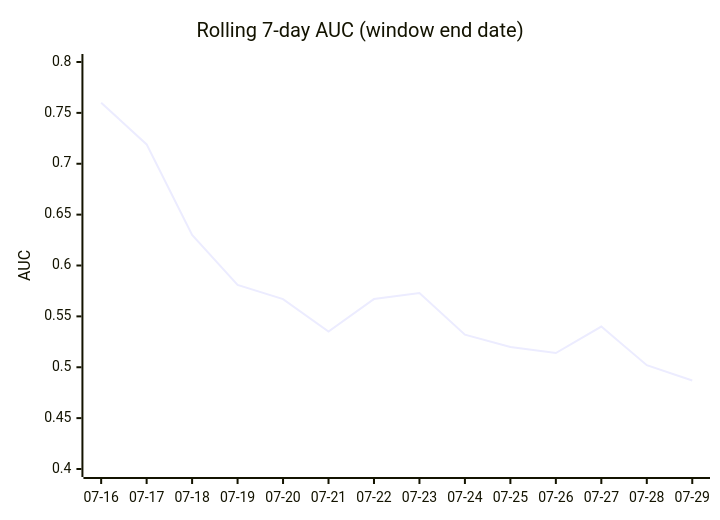
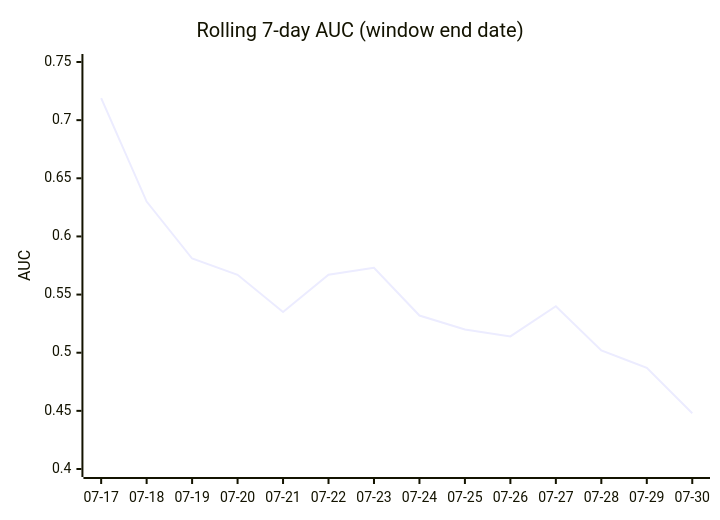
One commit to dpk1212/nhl-savant changed the third of 4 diagrams in DAILY_AGSU_REPORT.md. Above: the diagram before and after it, drawn with Mermaid. The commit also changed other lines of this file, not shown here.

````diff
--- a/DAILY_AGSU_REPORT.md
+++ b/DAILY_AGSU_REPORT.md
@@ -707,7 +713,7 @@
 ```mermaid
 xychart-beta
     title "Rolling 7-day AUC (window end date)"
-    x-axis ["07-16", "07-17", "07-18", "07-19", "07-20", "07-21", "07-22", "07-23", "07-24", "07-25", "07-26", "07-27", "07-28", "07-29"]
-    y-axis "AUC" 0.4 --> 0.8
-    line [0.76, 0.719, 0.63, 0.581, 0.567, 0.535, 0.567, 0.573, 0.532, 0.52, 0.514, 0.54, 0.502, 0.487]
+    x-axis ["07-17", "07-18", "07-19", "07-20", "07-21", "07-22", "07-23", "07-24", "07-25", "07-26", "07-27", "07-28", "07-29", "07-30"]
+    y-axis "AUC" 0.4 --> 0.75
+    line [0.719, 0.63, 0.581, 0.567, 0.535, 0.567, 0.573, 0.532, 0.52, 0.514, 0.54, 0.502, 0.487, 0.448]
 ```
````
